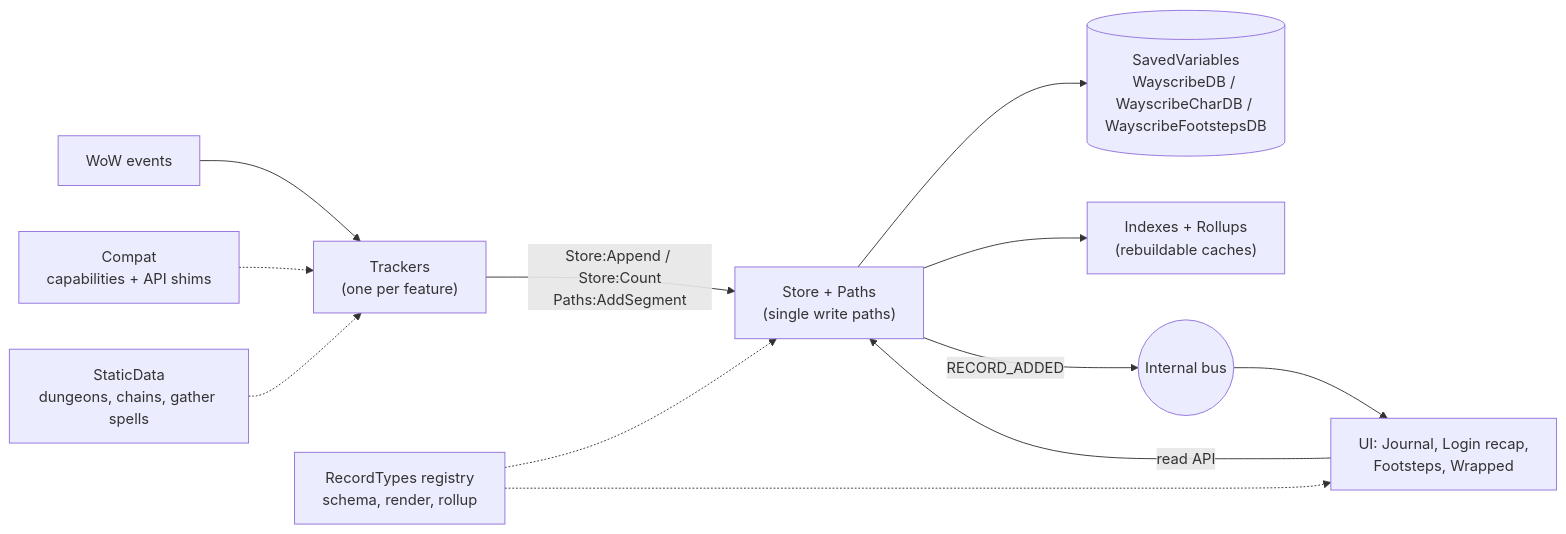
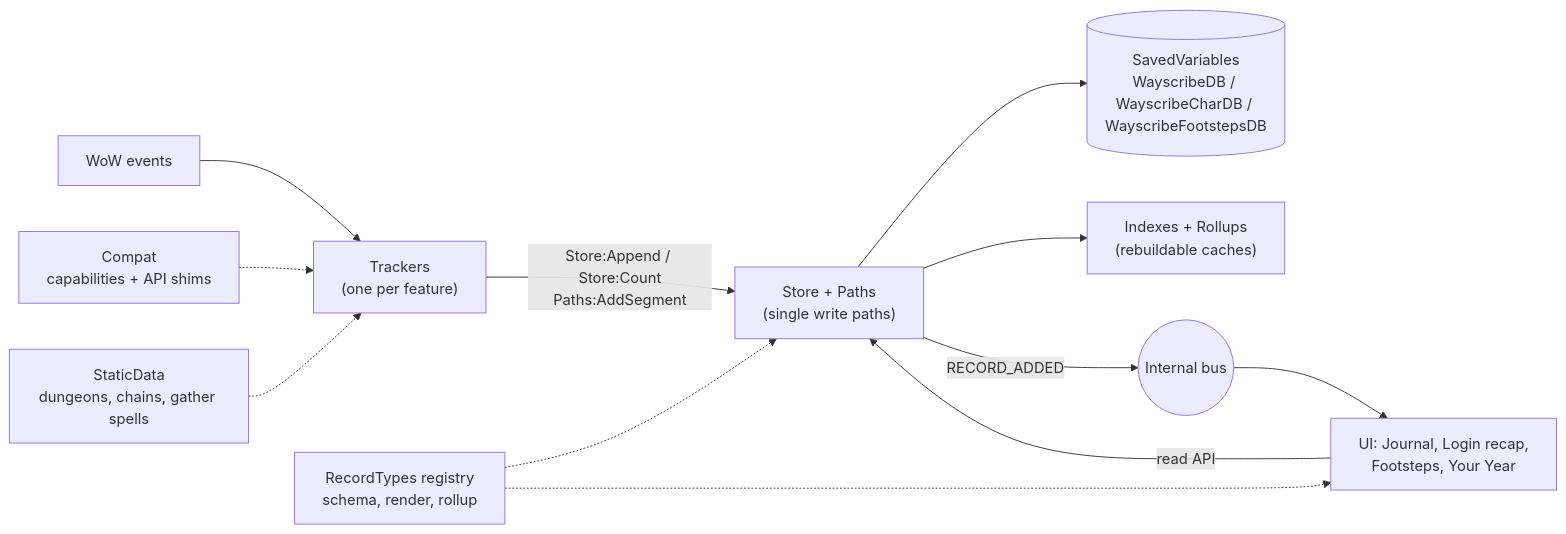
The diagram in docs/ARCHITECTURE.md (ollidiemaus/wayscribe), drawn with Mermaid before and after one commit. The commit also changed other lines of this file and 43 other files, not shown here.

First line of the commit message:
Add Wayscribe 0.5 Your Year

````diff
--- a/docs/ARCHITECTURE.md
+++ b/docs/ARCHITECTURE.md
@@ -51,14 +51,14 @@
 ```mermaid
 flowchart LR
     WoW["WoW events"] --> T["Trackers<br/>(one per feature)"]
     C["Compat<br/>capabilities + API shims"] -.-> T
     SD["StaticData<br/>dungeons, chains, gather spells"] -.-> T
     T -->|"Store:Append / Store:Count<br/>Paths:AddSegment"| S["Store + Paths<br/>(single write paths)"]
     S --> DB[("SavedVariables<br/>WayscribeDB / WayscribeCharDB / WayscribeFootstepsDB")]
     S --> IX["Indexes + Rollups<br/>(rebuildable caches)"]
     S -->|"RECORD_ADDED"| BUS(("Internal bus"))
-    BUS --> UI["UI: Journal, Login recap,<br/>Footsteps, Wrapped"]
+    BUS --> UI["UI: Journal, Login recap,<br/>Footsteps, Your Year"]
     UI -->|"read API"| S
     RT["RecordTypes registry<br/>schema, render, rollup"] -.-> S
     RT -.-> UI
 ```
````
